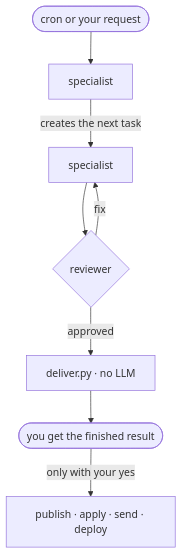
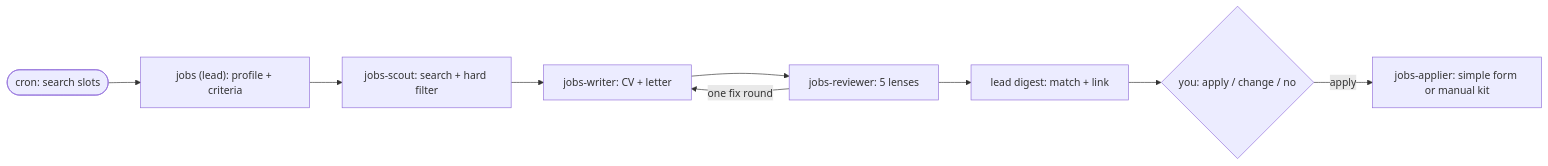
One commit to PuntoyComaTech/hermes-agent-squads changed the third of 4 diagrams in README.md. Above: the diagram before and after it, drawn with Mermaid. The commit also changed other lines of this file and 68 other files, not shown here.

````diff
--- a/README.md
+++ b/README.md
@@ -44,10 +79,11 @@
 ```mermaid
-flowchart TB
-    T(["cron or your request"]) --> S1["specialist"]
-    S1 -->|"creates the next task"| S2["specialist"]
-    S2 --> R{"reviewer"}
-    R -->|"fix"| S2
-    R -->|"approved"| D["deliver.py · no LLM"]
-    D --> M(["you get the finished result"])
-    M -->|"only with your yes"| X["publish · apply · send · deploy"]
+flowchart LR
+    U([cron: search slots]) --> L["jobs (lead): profile + criteria"]
+    L --> S["jobs-scout: search + hard filter"]
+    S --> W["jobs-writer: CV + letter"]
+    W --> R["jobs-reviewer: 5 lenses"]
+    R -->|one fix round| W
+    R --> D["lead digest: match + link"]
+    D --> A{"you: apply / change / no"}
+    A -->|"apply"| J["jobs-applier: simple form or manual kit"]
 ```
````
